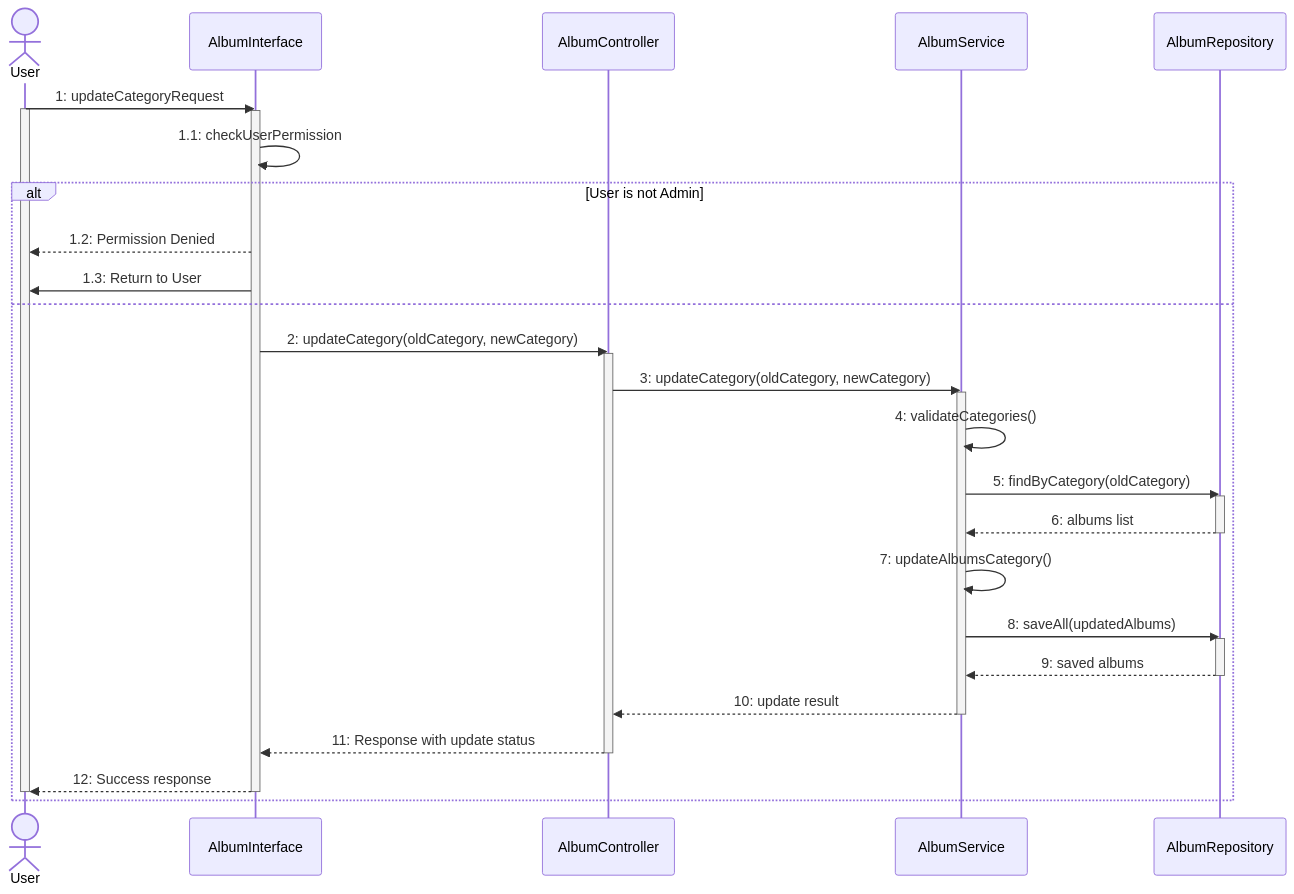
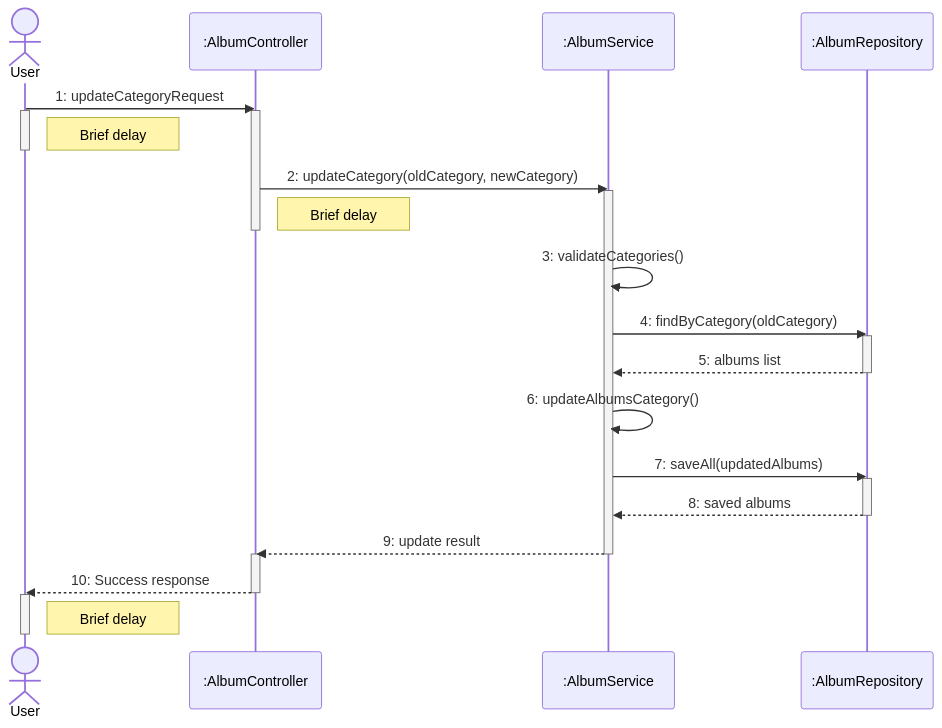
Before and after one commit to lightmon233/Memento: the eighth of 15 diagrams in README.md, drawn with Mermaid. The commit also changed other lines of this file, not shown here.

````diff
--- a/README.md
+++ b/README.md
@@ -374,48 +373,35 @@
 ```mermaid
 sequenceDiagram
-    actor User
-    participant AlbumInterface
-    participant AlbumController
-    participant AlbumService
-    participant AlbumRepository
+    actor User 
+    participant AlbumController as :AlbumController
+    participant AlbumService as :AlbumService
+    participant AlbumRepository as :AlbumRepository
 
-    User ->> AlbumInterface: 1: updateCategoryRequest
+    User->>AlbumController: 1: updateCategoryRequest
     activate User
-    activate AlbumInterface
-
-    AlbumInterface ->> AlbumInterface: 1.1: checkUserPermission
-    alt User is not Admin
-        AlbumInterface -->> User: 1.2: Permission Denied
-        AlbumInterface ->> User: 1.3: Return to User
-    else
-        AlbumInterface ->> AlbumController: 2: updateCategory(oldCategory, newCategory)
-        activate AlbumController
-
-        AlbumController ->> AlbumService: 3: updateCategory(oldCategory, newCategory)
-        activate AlbumService
-
-        AlbumService ->> AlbumService: 4: validateCategories()
-
-        AlbumService ->> AlbumRepository: 5: findByCategory(oldCategory)
-        activate AlbumRepository
-        AlbumRepository -->> AlbumService: 6: albums list
-        deactivate AlbumRepository
-
-        AlbumService ->> AlbumService: 7: updateAlbumsCategory()
-
-        AlbumService ->> AlbumRepository: 8: saveAll(updatedAlbums)
-        activate AlbumRepository
-        AlbumRepository -->> AlbumService: 9: saved albums
-        deactivate AlbumRepository
-
-        AlbumService -->> AlbumController: 10: update result
-        deactivate AlbumService
-
-        AlbumController -->> AlbumInterface: 11: Response with update status
-        deactivate AlbumController
-
-        AlbumInterface -->> User: 12: Success response
-        deactivate AlbumInterface
-        deactivate User
-    end
+    activate AlbumController
+    Note right of User: Brief delay
+    deactivate User
+    AlbumController->>AlbumService: 2: updateCategory(oldCategory, newCategory)
+    activate AlbumService
+    Note right of AlbumController: Brief delay
+    deactivate AlbumController
+    AlbumService->>AlbumService: 3: validateCategories()
+    AlbumService->>AlbumRepository: 4: findByCategory(oldCategory)
+    activate AlbumRepository
+    AlbumRepository-->>AlbumService: 5: albums list
+    deactivate AlbumRepository
+    AlbumService->>AlbumService: 6: updateAlbumsCategory()
+    AlbumService->>AlbumRepository: 7: saveAll(updatedAlbums)
+    activate AlbumRepository
+    AlbumRepository-->>AlbumService: 8: saved albums
+    deactivate AlbumRepository
+    AlbumService-->>AlbumController: 9: update result
+    deactivate AlbumService
+    activate AlbumController
+    AlbumController-->>User: 10: Success response
+    deactivate AlbumController
+    activate User
+    Note right of User: Brief delay
+    deactivate User
 ```
````
